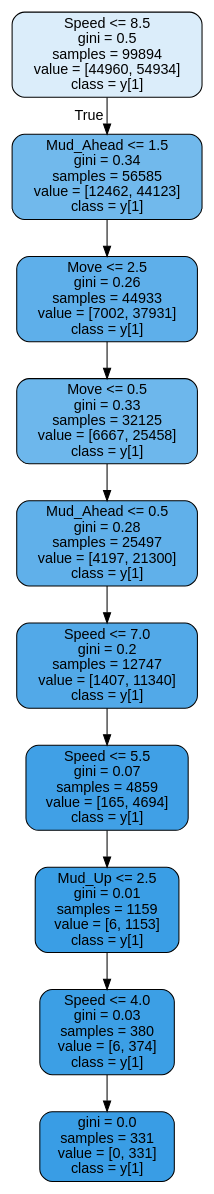
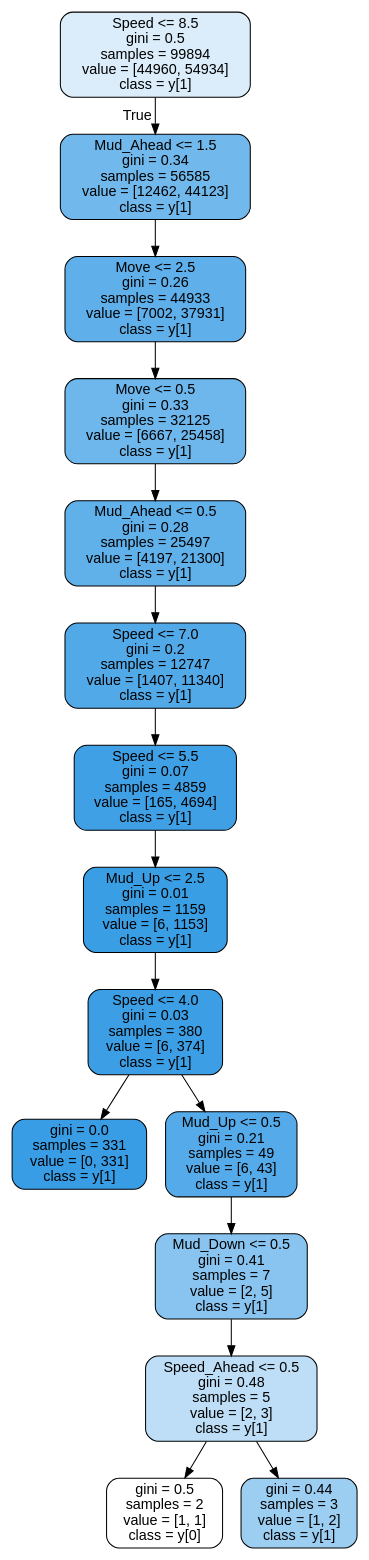
Before and after one commit to Quiescent/entelect-challenge-2020: the diagram in tree-2.dot, drawn with Graphviz. The commit also changed 2 other files, not shown here.

```diff
--- a/tree-2.dot
+++ b/tree-2.dot
@@ -1,23 +1,33 @@
 digraph Tree {
 node [shape=box, style="filled, rounded", color="black", fontname=helvetica] ;
 edge [fontname=helvetica] ;
 0 [label="Speed <= 8.5\ngini = 0.5\nsamples = 99894\nvalue = [44960, 54934]\nclass = y[1]", fillcolor="#dbedfa"] ;
 1 [label="Mud_Ahead <= 1.5\ngini = 0.34\nsamples = 56585\nvalue = [12462, 44123]\nclass = y[1]", fillcolor="#71b9ec"] ;
 0 -> 1 [labeldistance=2.5, labelangle=45, headlabel="True"] ;
 2 [label="Move <= 2.5\ngini = 0.26\nsamples = 44933\nvalue = [7002, 37931]\nclass = y[1]", fillcolor="#5eafea"] ;
 1 -> 2 ;
 3 [label="Move <= 0.5\ngini = 0.33\nsamples = 32125\nvalue = [6667, 25458]\nclass = y[1]", fillcolor="#6db7ec"] ;
 2 -> 3 ;
 4 [label="Mud_Ahead <= 0.5\ngini = 0.28\nsamples = 25497\nvalue = [4197, 21300]\nclass = y[1]", fillcolor="#60b0ea"] ;
 3 -> 4 ;
 5 [label="Speed <= 7.0\ngini = 0.2\nsamples = 12747\nvalue = [1407, 11340]\nclass = y[1]", fillcolor="#52a9e8"] ;
 4 -> 5 ;
 6 [label="Speed <= 5.5\ngini = 0.07\nsamples = 4859\nvalue = [165, 4694]\nclass = y[1]", fillcolor="#40a0e6"] ;
 5 -> 6 ;
 7 [label="Mud_Up <= 2.5\ngini = 0.01\nsamples = 1159\nvalue = [6, 1153]\nclass = y[1]", fillcolor="#3a9ee5"] ;
 6 -> 7 ;
 8 [label="Speed <= 4.0\ngini = 0.03\nsamples = 380\nvalue = [6, 374]\nclass = y[1]", fillcolor="#3c9fe5"] ;
 7 -> 8 ;
 9 [label="gini = 0.0\nsamples = 331\nvalue = [0, 331]\nclass = y[1]", fillcolor="#399de5"] ;
 8 -> 9 ;
+10 [label="Mud_Up <= 0.5\ngini = 0.21\nsamples = 49\nvalue = [6, 43]\nclass = y[1]", fillcolor="#55abe9"] ;
+8 -> 10 ;
+11 [label="Mud_Down <= 0.5\ngini = 0.41\nsamples = 7\nvalue = [2, 5]\nclass = y[1]", fillcolor="#88c4ef"] ;
+10 -> 11 ;
+12 [label="Speed_Ahead <= 0.5\ngini = 0.48\nsamples = 5\nvalue = [2, 3]\nclass = y[1]", fillcolor="#bddef6"] ;
+11 -> 12 ;
+13 [label="gini = 0.5\nsamples = 2\nvalue = [1, 1]\nclass = y[0]", fillcolor="#ffffff"] ;
+12 -> 13 ;
+14 [label="gini = 0.44\nsamples = 3\nvalue = [1, 2]\nclass = y[1]", fillcolor="#9ccef2"] ;
+12 -> 14 ;
 }
```
